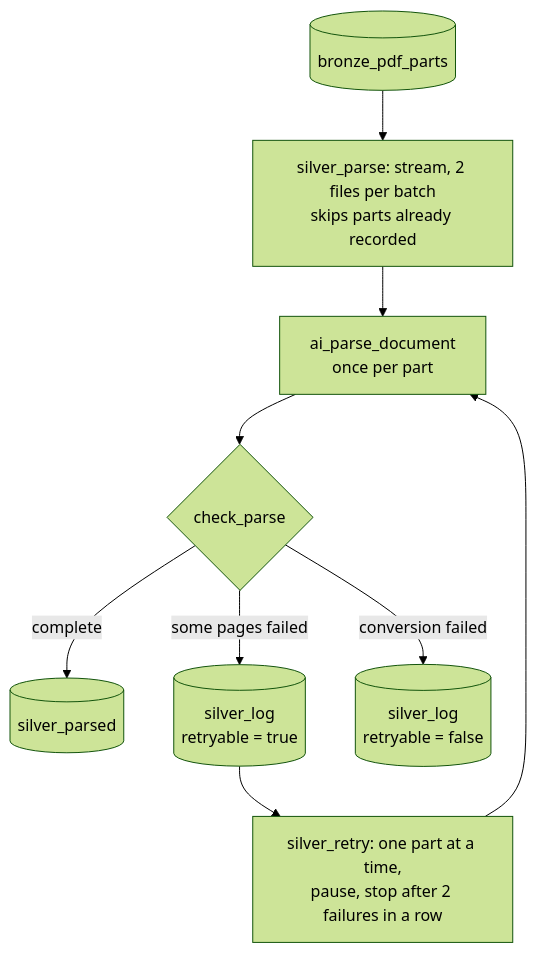
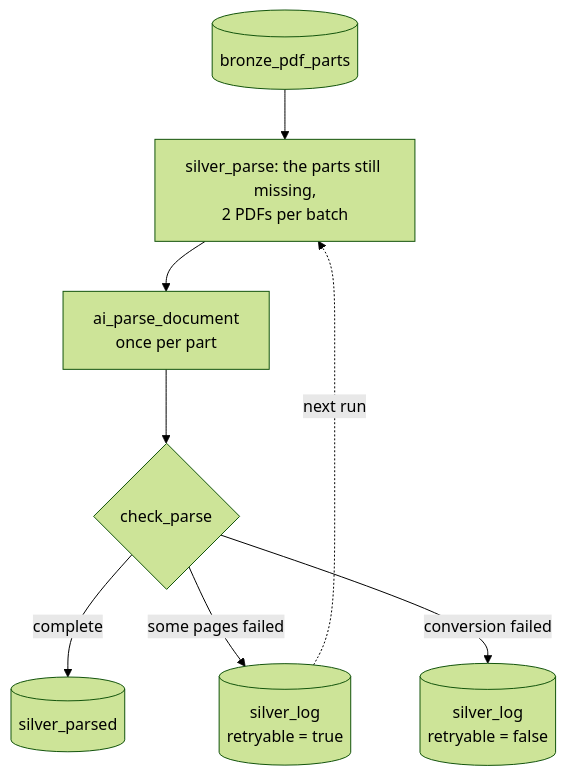
Before and after one commit to SuddhaswattaMaityUK/dbx-finance-bench-rag: the first of 2 diagrams in doc/medallion/silver/silver.md, drawn with Mermaid (forest theme). The commit also changed other lines of this file and 8 other files, not shown here.

````diff
--- a/doc/medallion/silver/silver.md
+++ b/doc/medallion/silver/silver.md
@@ -9,11 +9,10 @@
 ```mermaid
 flowchart TD
-    P[("bronze_pdf_parts")] --> S["silver_parse: stream, 2 files per batch<br/>skips parts already recorded"]
+    P[("bronze_pdf_parts")] --> S["silver_parse: the parts still missing,<br/>2 PDFs per batch"]
     S --> A["ai_parse_document<br/>once per part"]
     A --> C{"check_parse"}
     C -- "complete" --> PA[("silver_parsed")]
     C -- "some pages failed" --> L1[("silver_log<br/>retryable = true")]
     C -- "conversion failed" --> L0[("silver_log<br/>retryable = false")]
-    L1 --> R["silver_retry: one part at a time,<br/>pause, stop after 2 failures in a row"]
-    R --> A
+    L1 -.->|"next run"| S
 ```
````
